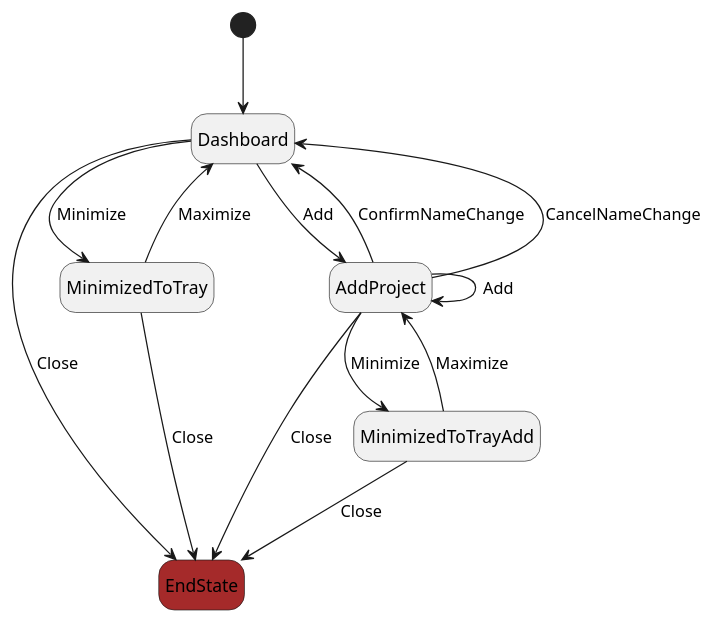
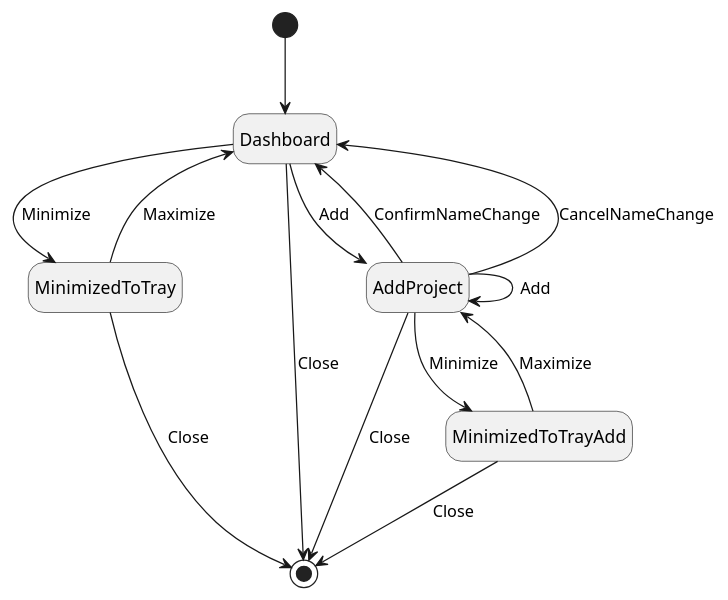
Before and after one commit to JoaoCostaIFG/tvvs: the diagram in assignments/4_model_based_testing/state_machines/state_machine_1.puml, drawn with PlantUML. The commit also changed 3 other files, not shown here.

```diff
--- a/assignments/4_model_based_testing/state_machines/state_machine_1.puml
+++ b/assignments/4_model_based_testing/state_machines/state_machine_1.puml
@@ -1,24 +1,22 @@
 @startuml
 hide empty description
-
-state EndState #brown
 
 [*] --> Dashboard
 
 Dashboard --> MinimizedToTray : Minimize
-Dashboard --> EndState : Close
+Dashboard --> [*] : Close
 Dashboard --> AddProject : Add
 
 AddProject --> MinimizedToTrayAdd : Minimize
-AddProject --> EndState : Close
+AddProject --> [*] : Close
 AddProject --> Dashboard : ConfirmNameChange
 AddProject --> Dashboard : CancelNameChange
 AddProject --> AddProject : Add
 
 MinimizedToTrayAdd --> AddProject : Maximize
-MinimizedToTrayAdd --> EndState : Close
+MinimizedToTrayAdd --> [*] : Close
 
 MinimizedToTray --> Dashboard : Maximize
-MinimizedToTray --> EndState : Close
+MinimizedToTray --> [*] : Close
 
 @enduml
```
